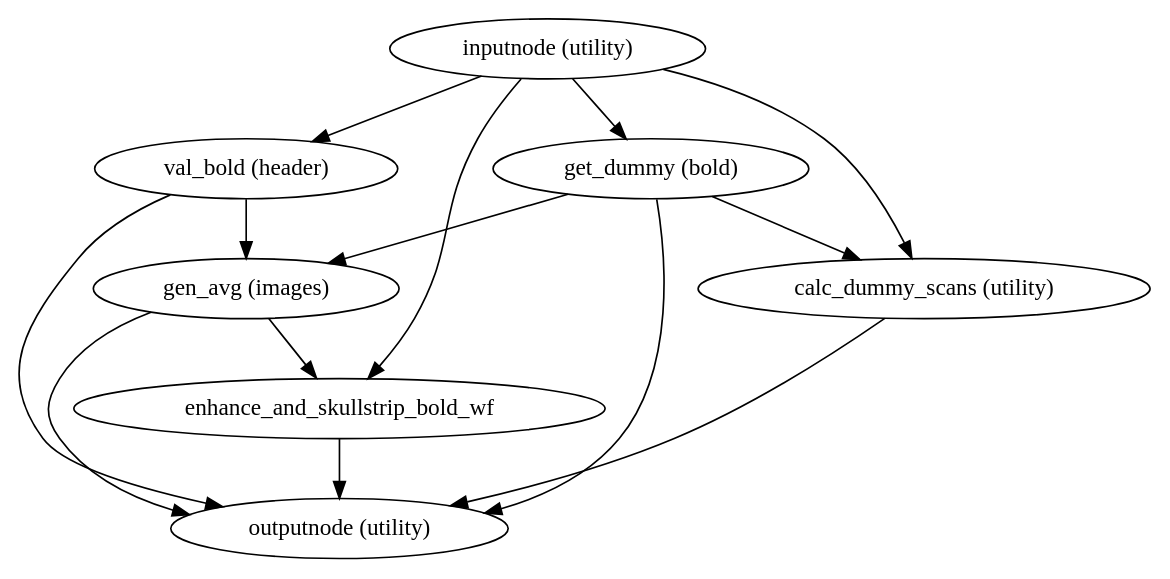
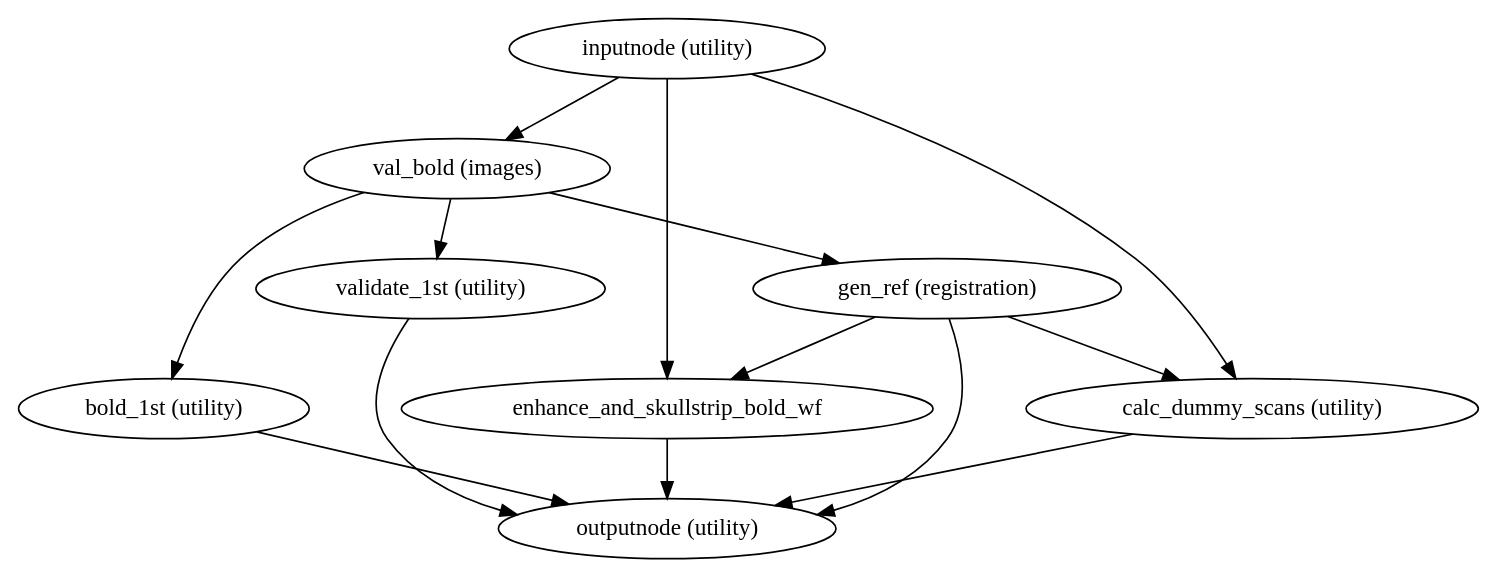
Before and after one commit to eilidhmacnicol/niworkflows: the diagram in 1.4.0rc3/wf_directive/api/bold_reference_wf/niworkflows-func-util-1.dot, drawn with Graphviz. The commit also changed 12703 other files, not shown here.

```diff
--- a/1.4.0rc3/wf_directive/api/bold_reference_wf/niworkflows-func-util-1.dot
+++ b/1.4.0rc3/wf_directive/api/bold_reference_wf/niworkflows-func-util-1.dot
@@ -1,22 +1,23 @@
 strict digraph  {
 "inputnode (utility)";
-"val_bold (header)";
-"get_dummy (bold)";
+"val_bold (images)";
 enhance_and_skullstrip_bold_wf;
 "calc_dummy_scans (utility)";
+"gen_ref (registration)";
+"bold_1st (utility)";
+"validate_1st (utility)";
 "outputnode (utility)";
-"gen_avg (images)";
-"inputnode (utility)" -> "val_bold (header)";
-"inputnode (utility)" -> "get_dummy (bold)";
+"inputnode (utility)" -> "val_bold (images)";
 "inputnode (utility)" -> enhance_and_skullstrip_bold_wf;
 "inputnode (utility)" -> "calc_dummy_scans (utility)";
-"val_bold (header)" -> "outputnode (utility)";
-"val_bold (header)" -> "gen_avg (images)";
-"get_dummy (bold)" -> "calc_dummy_scans (utility)";
-"get_dummy (bold)" -> "outputnode (utility)";
-"get_dummy (bold)" -> "gen_avg (images)";
+"val_bold (images)" -> "gen_ref (registration)";
+"val_bold (images)" -> "bold_1st (utility)";
+"val_bold (images)" -> "validate_1st (utility)";
 enhance_and_skullstrip_bold_wf -> "outputnode (utility)";
 "calc_dummy_scans (utility)" -> "outputnode (utility)";
-"gen_avg (images)" -> enhance_and_skullstrip_bold_wf;
-"gen_avg (images)" -> "outputnode (utility)";
+"gen_ref (registration)" -> enhance_and_skullstrip_bold_wf;
+"gen_ref (registration)" -> "calc_dummy_scans (utility)";
+"gen_ref (registration)" -> "outputnode (utility)";
+"bold_1st (utility)" -> "outputnode (utility)";
+"validate_1st (utility)" -> "outputnode (utility)";
 }
```
